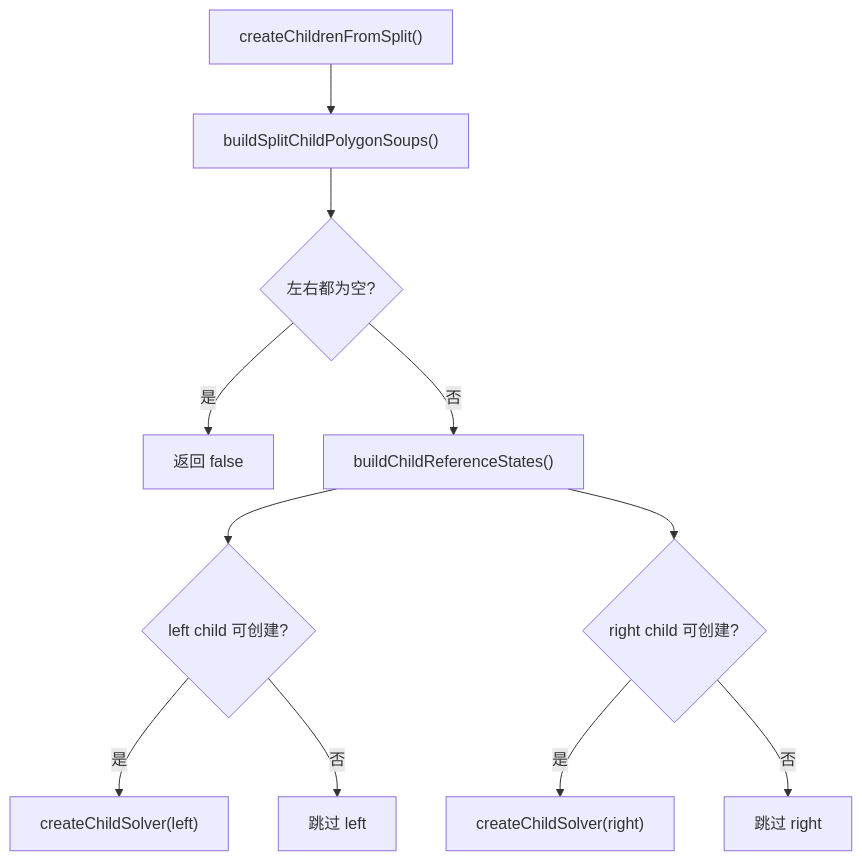
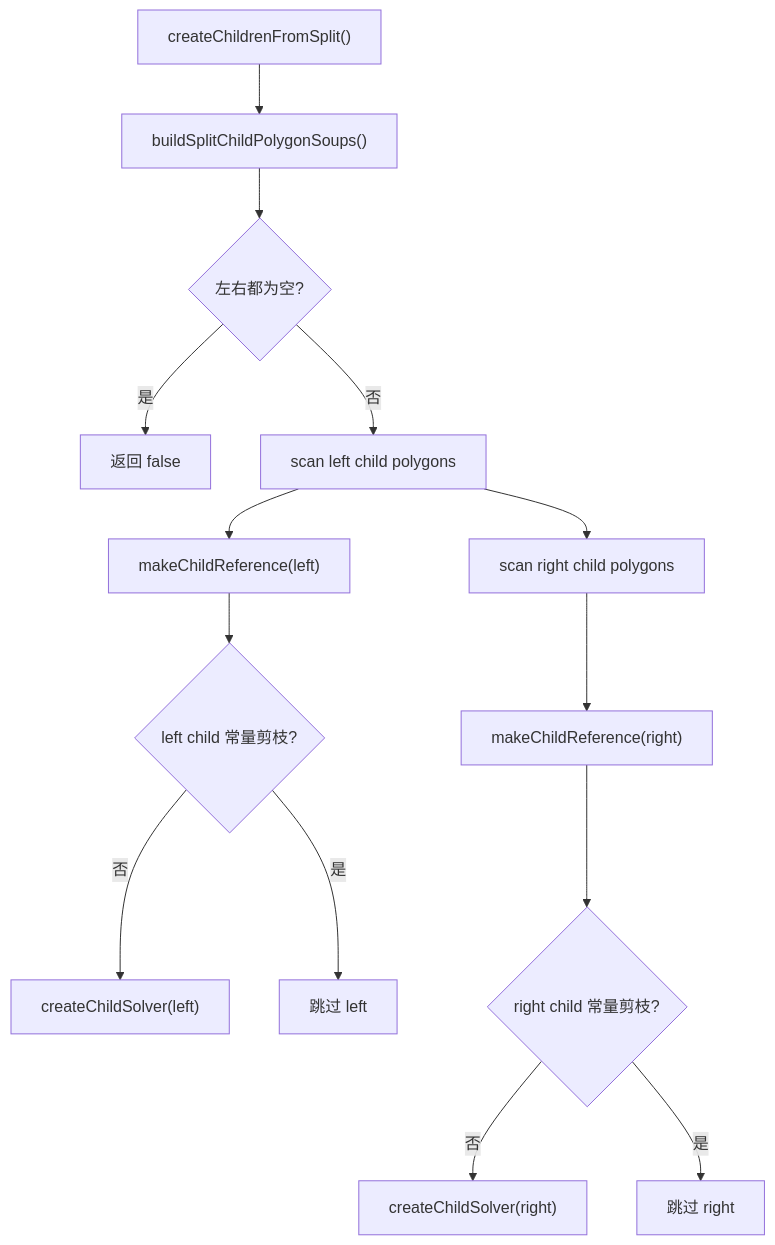
The sixth of 11 diagrams in docs/core-logic-flow.md (SDU-YueQiu/re-EMBER), drawn with Mermaid before and after one commit. The commit also changed other lines of this file and 8 other files, not shown here.

````diff
--- a/docs/core-logic-flow.md
+++ b/docs/core-logic-flow.md
@@ -189,13 +185,16 @@
 ```mermaid
 flowchart TD
     A["createChildrenFromSplit()"] --> B["buildSplitChildPolygonSoups()"]
     B --> C{"左右都为空?"}
     C -->|是| D["返回 false"]
-    C -->|否| E["buildChildReferenceStates()"]
-    E --> F{"left child 可创建?"}
-    F -->|是| G["createChildSolver(left)"]
-    F -->|否| H["跳过 left"]
-    E --> I{"right child 可创建?"}
-    I -->|是| J["createChildSolver(right)"]
-    I -->|否| K["跳过 right"]
+    C -->|否| E["scan left child polygons"]
+    E --> F["makeChildReference(left)"]
+    F --> G{"left child 常量剪枝?"}
+    G -->|否| H["createChildSolver(left)"]
+    G -->|是| I["跳过 left"]
+    E --> J["scan right child polygons"]
+    J --> K["makeChildReference(right)"]
+    K --> L{"right child 常量剪枝?"}
+    L -->|否| M["createChildSolver(right)"]
+    L -->|是| N["跳过 right"]
 ```
````
